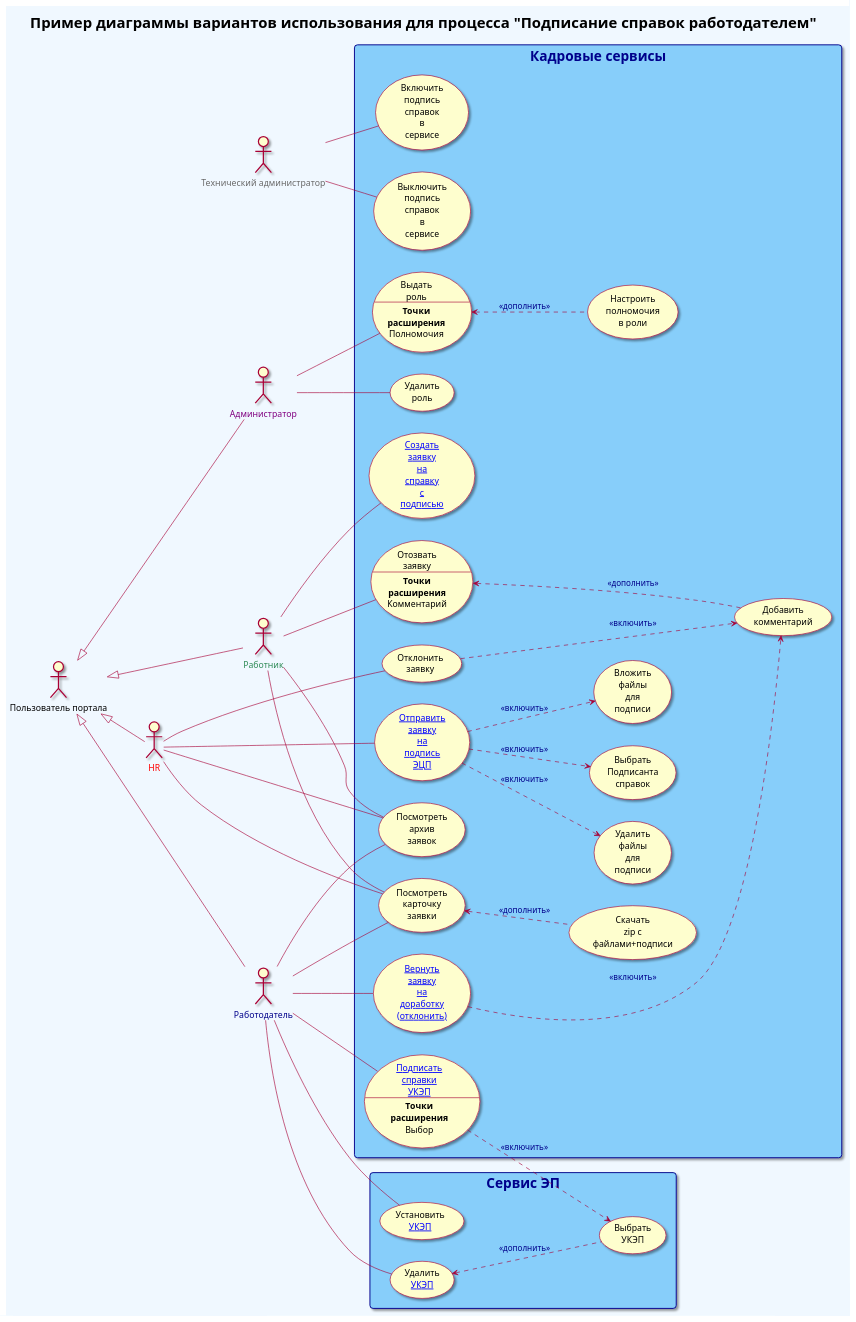
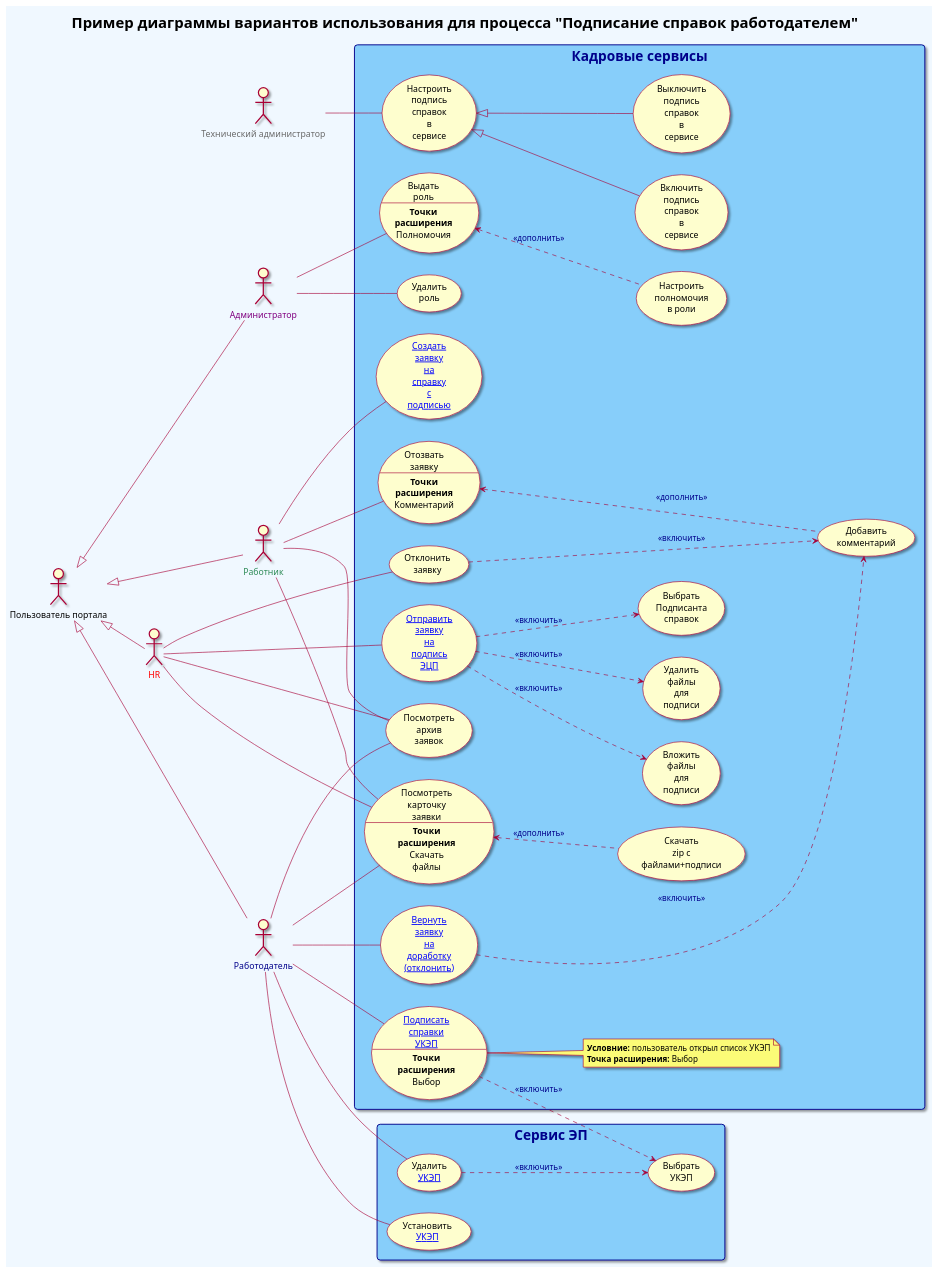
Before and after one commit to okunev-e/plantuml_examples: the diagram in use_case_diagram_example.puml, drawn with PlantUML. The commit also changed 1 other file, not shown here.

Commit message:
usecase example updated

```diff
--- a/use_case_diagram_example.puml
+++ b/use_case_diagram_example.puml
@@ -1,129 +1,140 @@
 @startuml certificate_signing_example
 'Версия: 1.0
 'Автор: Окунев Е.Е. (okunev.evgeni@gmail.com)
 
 skin rose
 
 left to right direction
 
 skinparam BackgroundColor AliceBlue
 
 skinparam rectangle {
     RoundCorner 10
     BackgroundColor LightSkyBlue
     FontColor DarkBlue
     BorderColor DarkBlue
     FontSize 22
 }
 
 skinparam title {
     FontSize 24
 }
 
 skinparam ArrowFontColor DarkBlue
 
 'Включить классический строгий стиль UML
 'skinparam Style strictuml
 
 <style> 
 usecase {
 	MaximumWidth 60
 }
 </style>
 
 title Пример диаграммы вариантов использования для процесса "Подписание справок работодателем"
 
 rectangle "Кадровые сервисы" {
     (Настроить полномочия в роли) as RolePerms
     usecase TakeRole as "Выдать роль
     --
     <b>Точки расширения</b>
     Полномочия
     "
     (Удалить роль) as DelRole
+    (Настроить подпись справок в сервисе) as SetSignInServices
     (Включить подпись справок в сервисе) as FLAGES
     (Выключить подпись справок в сервисе) as FLAGR
     usecase SignCerts as "[[https://github.com/okunev-e/plantuml_examples/tree/main Подписать справки УКЭП]]
     --
     <b>Точки расширения</b>
     Выбор
     "
+    Note right of SignCerts
+    <b>Условние:</b> пользователь открыл список УКЭП
+    <b>Точка расширения:</b> Выбор
+    end Note
     ([[https://github.com/okunev-e/plantuml_examples/tree/main Создать заявку на справку с подписью]]) as CreareReq
     usecase ReqCallback as "Отозвать заявку
     --
     <b>Точки расширения</b>
     Комментарий
     "
     (Отклонить заявку)
     ([[https://github.com/okunev-e/plantuml_examples/tree/main Отправить заявку на подпись ЭЦП]]) as SendToSigner
     (Выбрать Подписанта справок) as SetSigner
     (Вложить файлы для подписи) as AddFiles
     (Удалить файлы для подписи) as DelFiles
     (Скачать zip с файлами+подписи) as DownloadZIP
     (Посмотреть архив заявок)
-    (Посмотреть карточку заявки)
+    usecase LookAtCard as "Посмотреть карточку заявки
+    --
+    <b>Точки расширения</b>
+    Скачать файлы
+    "
     usecase "[[https://github.com/okunev-e/plantuml_examples/tree/main Вернуть заявку на доработку (отклонить)]]" as ReturnRequestToHR
     (Добавить комментарий) as AddComment
 }
 
 rectangle "Сервис ЭП" {
     usecase "Установить [[https://taxcom.ru/baza-znaniy/kadrovaya-otchetnost/stati/kakie-elektronnye-podpisi-primenyayutsyadlya-vedeniya-elektronnogo-kadrovogo-dokumentooborota/ УКЭП]]" as SetEQES
     usecase "Удалить [[https://taxcom.ru/baza-znaniy/kadrovaya-otchetnost/stati/kakie-elektronnye-podpisi-primenyayutsyadlya-vedeniya-elektronnogo-kadrovogo-dokumentooborota/ УКЭП]]" as DelEQES
     (Выбрать УКЭП) as SelectEQES
 }
 
 'Список основных участников
 :Администратор: as admin #text:Purple
 :Технический администратор: as techadm #text:DimGrey
 :Работник: as worker #text:SeaGreen
 :HR: as hr #text:Red
 :Работодатель: as signer #text:DarkBlue
 :Пользователь портала: as webportal_user
 
 'Связи участников
 webportal_user <|-- admin
 webportal_user <|-- worker
 webportal_user <|-- hr
 webportal_user <|-- signer
 
 'Сценарии для технического админа
-techadm -- FLAGES
-techadm -- FLAGR
+techadm -- SetSignInServices
+SetSignInServices <|-- FLAGES 
+SetSignInServices <|-- FLAGR
 
 'Сценарии для Работодателя
 signer -- SignCerts
 signer -- (Посмотреть архив заявок)
-signer -- (Посмотреть карточку заявки)
+signer -- LookAtCard
 signer -- SetEQES
 signer -- DelEQES
 signer -- ReturnRequestToHR
 
 'Сценарии для Администратора
 admin -- TakeRole
 admin -- DelRole
 TakeRole <.down. RolePerms: <<дополнить>>
 
 'Сценарии для Работника
 worker -- CreareReq
 worker -- ReqCallback
 worker -- (Посмотреть архив заявок)
-worker -- (Посмотреть карточку заявки)
+worker -- LookAtCard
 
 'Сценарии для HR
 hr --- (Отклонить заявку)
 hr -- SendToSigner
 hr -- (Посмотреть архив заявок)
-hr -- (Посмотреть карточку заявки)
+hr -- LookAtCard
 
 'Связи между сценариями
 SendToSigner .down.> SetSigner: <<включить>>
 SendToSigner .down.> AddFiles: <<включить>>
 SendToSigner .down.> DelFiles: <<включить>>
 SignCerts ..> SelectEQES: <<включить>>
-(Посмотреть карточку заявки) <.down. DownloadZIP:  <<дополнить>>
-DelEQES <.down. SelectEQES: <<дополнить>>
+LookAtCard <.down. DownloadZIP:  <<дополнить>>
+DelEQES .down.> SelectEQES: <<включить>>
 ReqCallback <.down.. AddComment: <<дополнить>>
 (Отклонить заявку) ..down.> AddComment: <<включить>>
 ReturnRequestToHR ..down.> AddComment: <<включить>>
 
+
 @enduml
```
